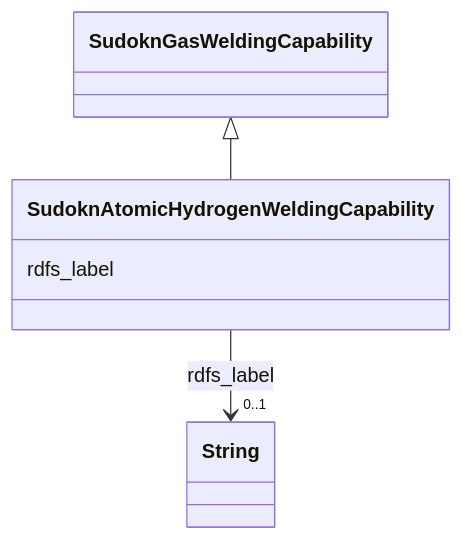
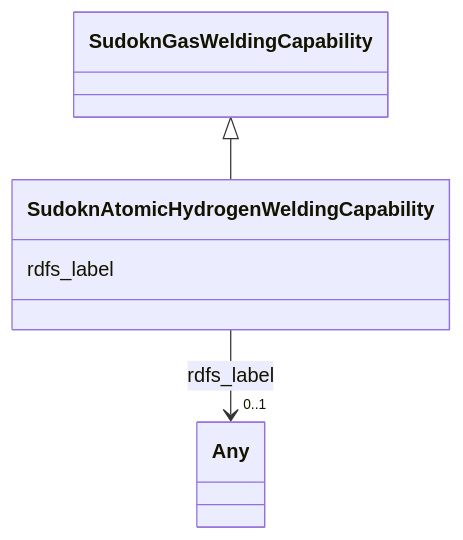
Before and after one commit to frink-okn/graph-descriptions: the diagram in sudokn-kg/classes/SudoknAtomicHydrogenWeldingCapability.md, drawn with Mermaid. The commit also changed other lines of this file and 903 other files, not shown here.

````diff
--- a/sudokn-kg/classes/SudoknAtomicHydrogenWeldingCapability.md
+++ b/sudokn-kg/classes/SudoknAtomicHydrogenWeldingCapability.md
@@ -23,18 +16,18 @@
 ```mermaid
  classDiagram
     class SudoknAtomicHydrogenWeldingCapability
     click SudoknAtomicHydrogenWeldingCapability href "../SudoknAtomicHydrogenWeldingCapability"
       SudoknGasWeldingCapability <|-- SudoknAtomicHydrogenWeldingCapability
         click SudoknGasWeldingCapability href "../SudoknGasWeldingCapability"
       
       SudoknAtomicHydrogenWeldingCapability : rdfs_label
         
           
     
     
-    SudoknAtomicHydrogenWeldingCapability --> "0..1" String : rdfs_label
-    click String href "../String"
+    SudoknAtomicHydrogenWeldingCapability --> "0..1" Any : rdfs_label
+    click Any href "../Any"
 
         
       
 ```
````
